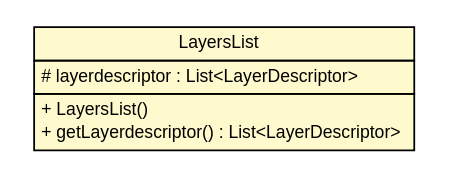
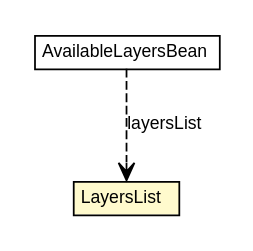
One commit to MinELenI/CBSviewer changed the diagram in apidocs/nl/mineleni/cbsviewer/util/xml/LayersList.dot. Above: the diagram before and after it, drawn with Graphviz. The commit also changed 1016 other files, not shown here.

```diff
--- a/apidocs/nl/mineleni/cbsviewer/util/xml/LayersList.dot
+++ b/apidocs/nl/mineleni/cbsviewer/util/xml/LayersList.dot
@@ -1,25 +1,26 @@
 #!/usr/local/bin/dot
 #
 # Class diagram 
-# Generated by UMLGraph version R5_6 (http://www.umlgraph.org/)
+# Generated by UMLGraph version R5_6-24-gf6e263 (http://www.umlgraph.org/)
 #
 
 digraph G {
 	edge [fontname="arial",fontsize=10,labelfontname="arial",labelfontsize=10];
 	node [fontname="arial",fontsize=10,shape=plaintext];
 	nodesep=0.25;
 	ranksep=0.5;
+	// nl.mineleni.cbsviewer.util.AvailableLayersBean
+	c2567 [label=<<table title="nl.mineleni.cbsviewer.util.AvailableLayersBean" border="0" cellborder="1" cellspacing="0" cellpadding="2" port="p" href="../AvailableLayersBean.html">
+		<tr><td><table border="0" cellspacing="0" cellpadding="1">
+<tr><td align="center" balign="center"> AvailableLayersBean </td></tr>
+		</table></td></tr>
+		</table>>, URL="../AvailableLayersBean.html", fontname="arial", fontcolor="black", fontsize=10.0];
 	// nl.mineleni.cbsviewer.util.xml.LayersList
-	c1901 [label=<<table title="nl.mineleni.cbsviewer.util.xml.LayersList" border="0" cellborder="1" cellspacing="0" cellpadding="2" port="p" bgcolor="lemonChiffon" href="./LayersList.html">
+	c2569 [label=<<table title="nl.mineleni.cbsviewer.util.xml.LayersList" border="0" cellborder="1" cellspacing="0" cellpadding="2" port="p" bgcolor="lemonChiffon" href="./LayersList.html">
 		<tr><td><table border="0" cellspacing="0" cellpadding="1">
 <tr><td align="center" balign="center"> LayersList </td></tr>
 		</table></td></tr>
-		<tr><td><table border="0" cellspacing="0" cellpadding="1">
-<tr><td align="left" balign="left"> # layerdescriptor : List&lt;LayerDescriptor&gt; </td></tr>
-		</table></td></tr>
-		<tr><td><table border="0" cellspacing="0" cellpadding="1">
-<tr><td align="left" balign="left"> + LayersList() </td></tr>
-<tr><td align="left" balign="left"> + getLayerdescriptor() : List&lt;LayerDescriptor&gt; </td></tr>
-		</table></td></tr>
 		</table>>, URL="./LayersList.html", fontname="arial", fontcolor="black", fontsize=10.0];
+	// nl.mineleni.cbsviewer.util.AvailableLayersBean DEPEND nl.mineleni.cbsviewer.util.xml.LayersList
+	c2567:p -> c2569:p [taillabel="", label="layersList", headlabel="", fontname="arial", fontcolor="black", fontsize=10.0, color="black", arrowhead=open, style=dashed];
 }
```
